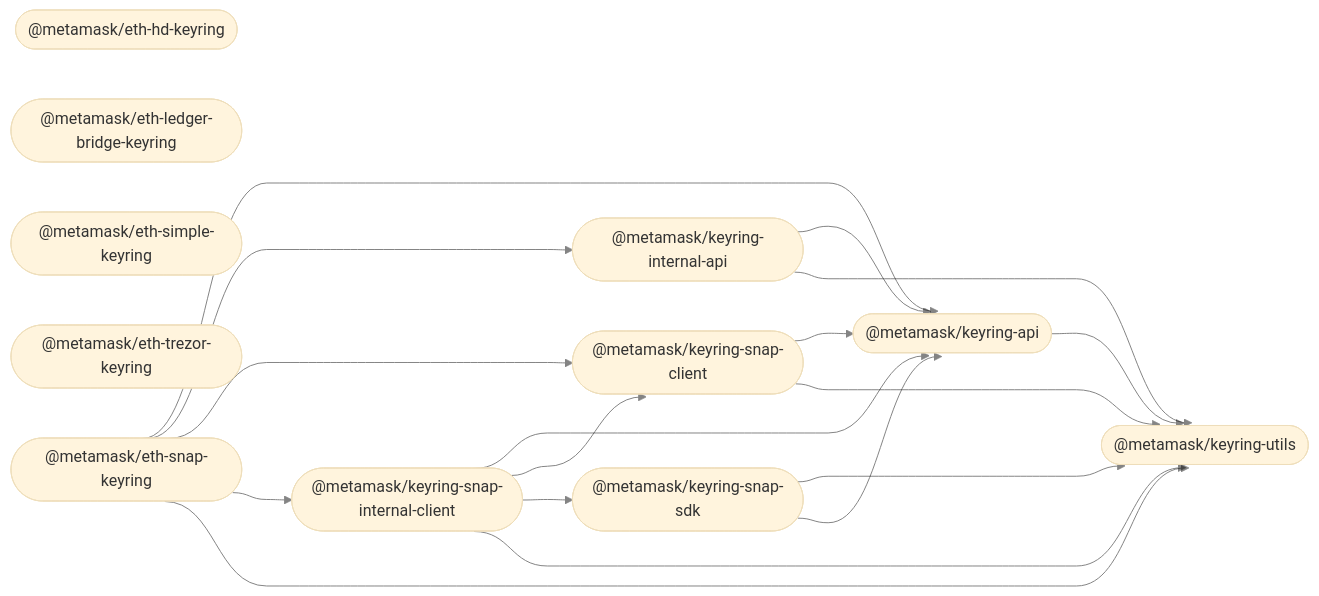
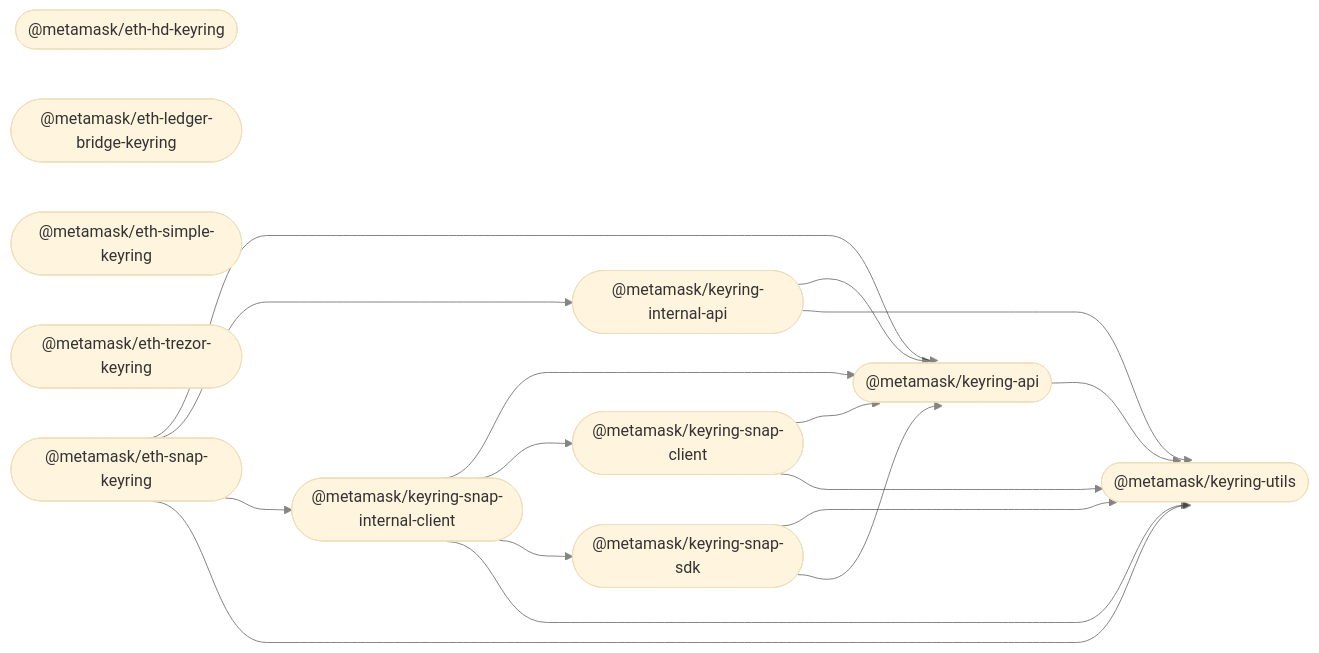
One commit to MetaMask/accounts changed the diagram in README.md. Above: the diagram before and after it, drawn with Mermaid (base theme). The commit also changed 5 other files, not shown here.

Commit message:
refactor(keyring-snap-bridge): remove unused dep

````diff
--- a/README.md
+++ b/README.md
@@ -33,32 +33,31 @@
 ```mermaid
 %%{ init: { 'flowchart': { 'curve': 'bumpX' } } }%%
 graph LR;
 linkStyle default opacity:0.5
   keyring_api(["@metamask/keyring-api"]);
   eth_hd_keyring(["@metamask/eth-hd-keyring"]);
   eth_ledger_bridge_keyring(["@metamask/eth-ledger-bridge-keyring"]);
   eth_simple_keyring(["@metamask/eth-simple-keyring"]);
   eth_trezor_keyring(["@metamask/eth-trezor-keyring"]);
   keyring_internal_api(["@metamask/keyring-internal-api"]);
   eth_snap_keyring(["@metamask/eth-snap-keyring"]);
   keyring_snap_client(["@metamask/keyring-snap-client"]);
   keyring_snap_internal_client(["@metamask/keyring-snap-internal-client"]);
   keyring_snap_sdk(["@metamask/keyring-snap-sdk"]);
   keyring_utils(["@metamask/keyring-utils"]);
   keyring_api --> keyring_utils;
   keyring_internal_api --> keyring_api;
   keyring_internal_api --> keyring_utils;
   eth_snap_keyring --> keyring_api;
   eth_snap_keyring --> keyring_internal_api;
-  eth_snap_keyring --> keyring_snap_client;
   eth_snap_keyring --> keyring_snap_internal_client;
   eth_snap_keyring --> keyring_utils;
   keyring_snap_client --> keyring_api;
   keyring_snap_client --> keyring_utils;
   keyring_snap_internal_client --> keyring_api;
   keyring_snap_internal_client --> keyring_snap_client;
   keyring_snap_internal_client --> keyring_snap_sdk;
   keyring_snap_internal_client --> keyring_utils;
   keyring_snap_sdk --> keyring_utils;
   keyring_snap_sdk --> keyring_api;
 ```
````
